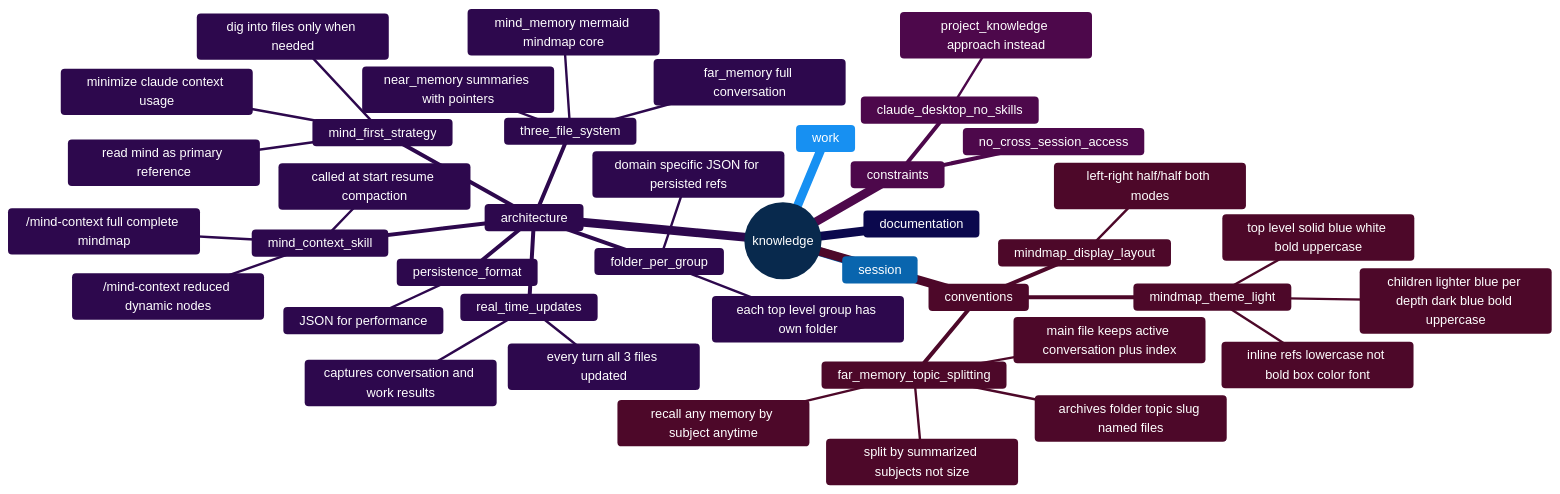
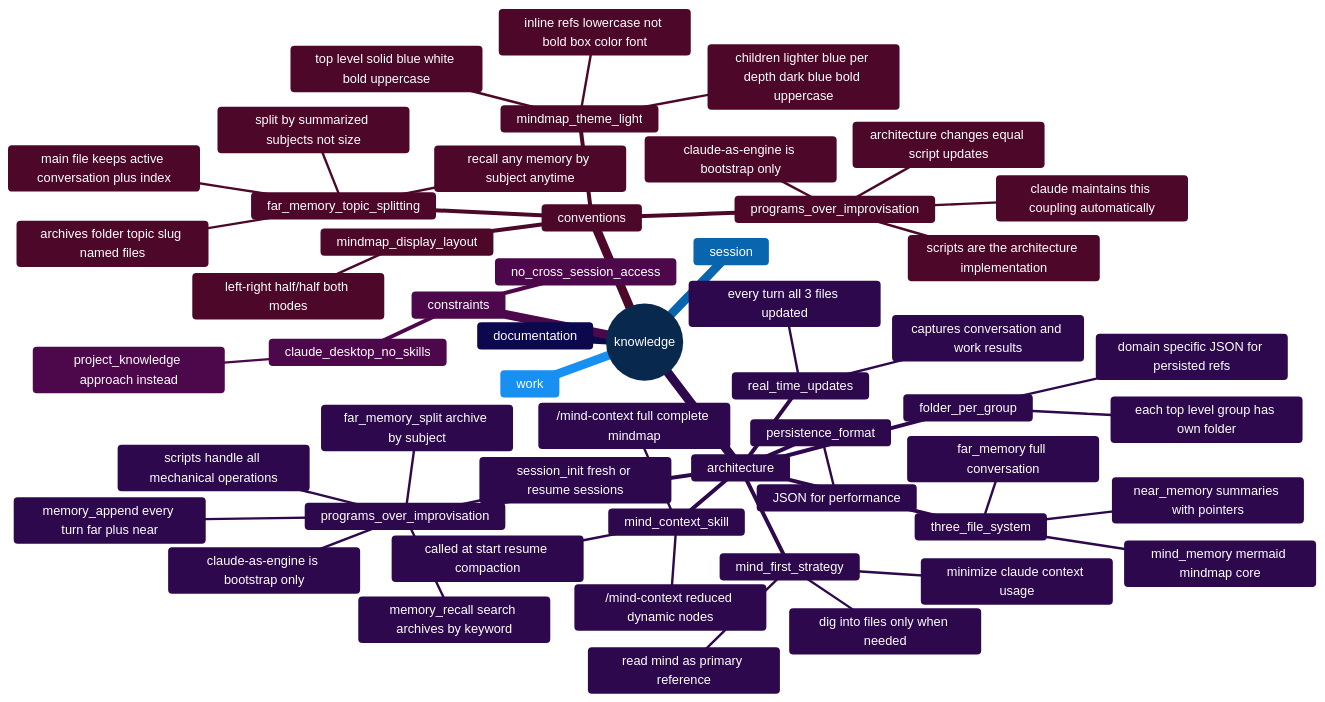
The diagram in mind/mind_memory.md (packetqc/K_DOCS), drawn with Mermaid before and after one commit. The commit also changed 9 other files, not shown here.

First line of the commit message:
add: programs-over-improvisation — 4 Python scripts for all mechanical operations

````diff
--- a/mind/mind_memory.md
+++ b/mind/mind_memory.md
@@ -1,45 +1,57 @@
 ```mermaid
 %%{init: {'theme': 'base', 'themeVariables': { 'primaryColor': '#1565C0', 'primaryTextColor': '#FFFFFF', 'primaryBorderColor': '#0D47A1', 'secondaryColor': '#42A5F5', 'secondaryTextColor': '#0D47A1', 'tertiaryColor': '#90CAF9', 'tertiaryTextColor': '#0D47A1', 'noteBkgColor': '#BBDEFB', 'noteTextColor': '#0D47A1' }}}%%
 mindmap
   root((knowledge))
     session
     work
     documentation
     architecture
       persistence_format
         JSON for performance
       three_file_system
         far_memory full conversation
         near_memory summaries with pointers
         mind_memory mermaid mindmap core
       mind_first_strategy
         read mind as primary reference
         dig into files only when needed
         minimize claude context usage
       real_time_updates
         every turn all 3 files updated
         captures conversation and work results
       folder_per_group
         each top level group has own folder
         domain specific JSON for persisted refs
       mind_context_skill
         /mind-context reduced dynamic nodes
         /mind-context full complete mindmap
         called at start resume compaction
+      programs_over_improvisation
+        claude-as-engine is bootstrap only
+        scripts handle all mechanical operations
+        memory_append every turn far plus near
+        far_memory_split archive by subject
+        memory_recall search archives by keyword
+        session_init fresh or resume sessions
     constraints
       no_cross_session_access
       claude_desktop_no_skills
         project_knowledge approach instead
     conventions
       mindmap_display_layout
         left-right half/half both modes
       mindmap_theme_light
         top level solid blue white bold uppercase
         children lighter blue per depth dark blue bold uppercase
         inline refs lowercase not bold box color font
       far_memory_topic_splitting
         split by summarized subjects not size
         archives folder topic slug named files
         main file keeps active conversation plus index
         recall any memory by subject anytime
+      programs_over_improvisation
+        claude-as-engine is bootstrap only
+        scripts are the architecture implementation
+        architecture changes equal script updates
+        claude maintains this coupling automatically
 ```
````
